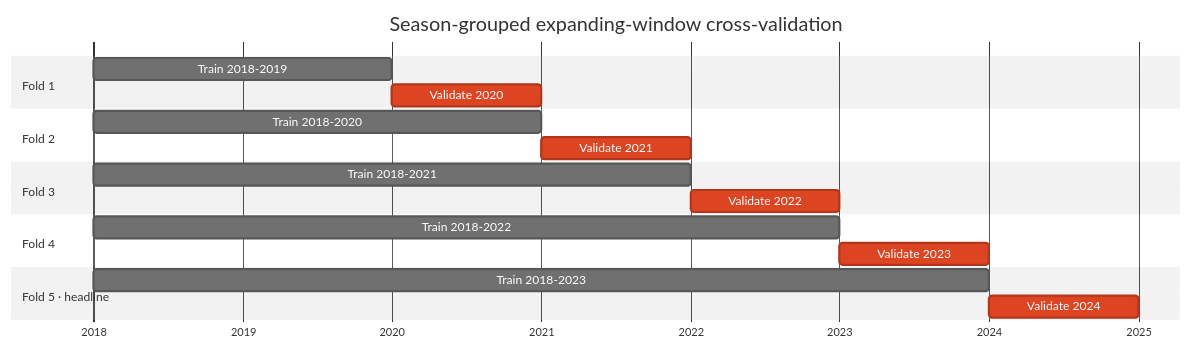
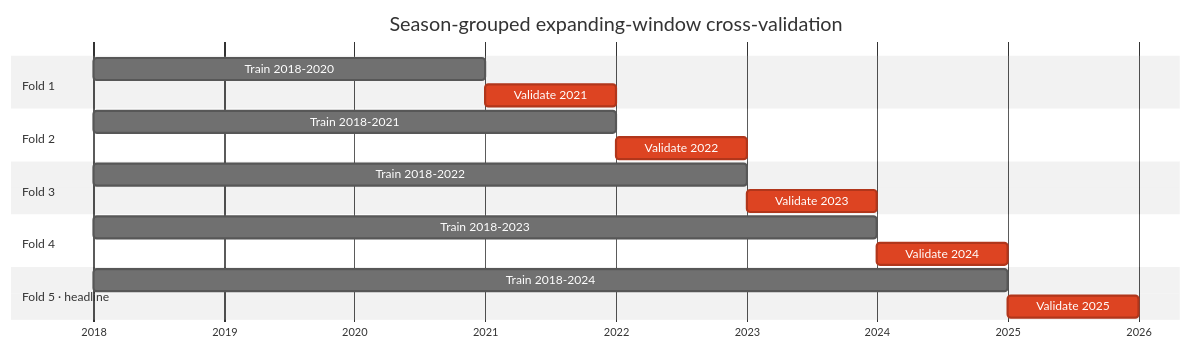
Before and after one commit to JustinClarke/off-the-pace: the diagram in docs/ml/validation.mdx, drawn with Mermaid (neutral theme). The commit also changed other lines of this file and 224 other files, not shown here.

````diff
--- a/docs/ml/validation.mdx
+++ b/docs/ml/validation.mdx
@@ -13,21 +13,21 @@
 ```mermaid
 gantt
     title Season-grouped expanding-window cross-validation
     dateFormat  YYYY
     axisFormat  %Y
     section Fold 1
-    Train 2018-2019      :2018, 2020
-    Validate 2020        :crit, 2020, 2021
-    section Fold 2
     Train 2018-2020      :2018, 2021
     Validate 2021        :crit, 2021, 2022
-    section Fold 3
+    section Fold 2
     Train 2018-2021      :2018, 2022
     Validate 2022        :crit, 2022, 2023
-    section Fold 4
+    section Fold 3
     Train 2018-2022      :2018, 2023
     Validate 2023        :crit, 2023, 2024
-    section Fold 5 · headline
+    section Fold 4
     Train 2018-2023      :2018, 2024
     Validate 2024        :crit, 2024, 2025
+    section Fold 5 · headline
+    Train 2018-2024      :2018, 2025
+    Validate 2025        :crit, 2025, 2026
 ```
````
